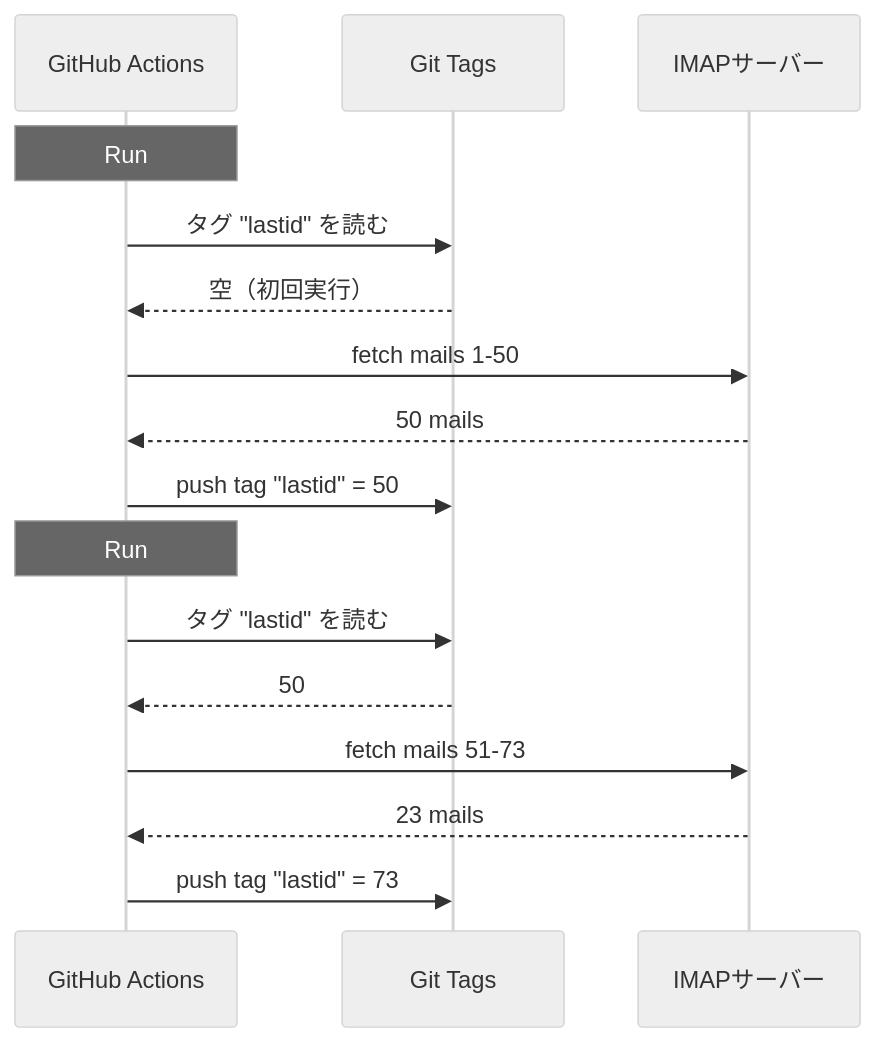
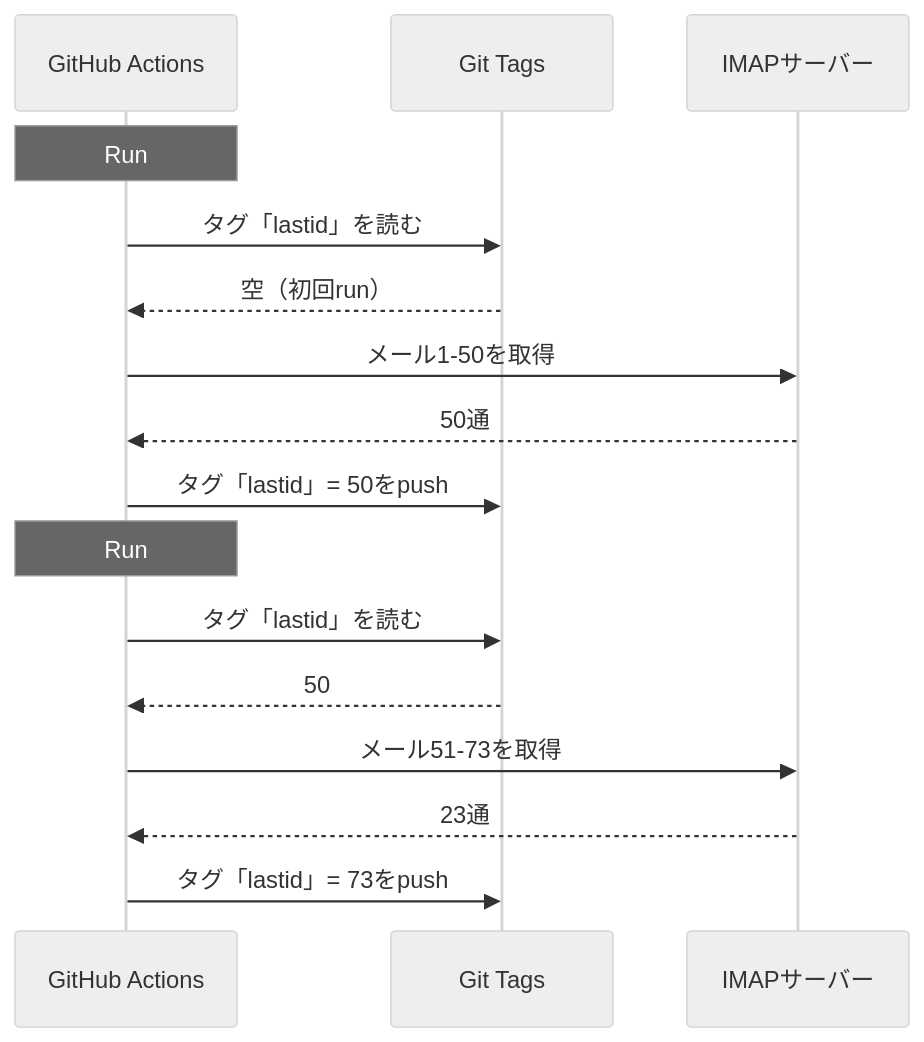
Before and after one commit to fox3000foxy/fox3000foxy.github.io: the diagram in public/articles/ja/email-autoreply.md, drawn with Mermaid (neutral theme). The commit also changed other lines of this file and 576 other files, not shown here.

````diff
--- a/public/articles/ja/email-autoreply.md
+++ b/public/articles/ja/email-autoreply.md
@@ -60,20 +59,20 @@
 ```mermaid
 sequenceDiagram
     participant GH as GitHub Actions
     participant GIT as Git Tags
     participant IMAP as IMAPサーバー
     
     Note over GH: Run #1
-    GH->>GIT: タグ "lastid" を読む
-    GIT-->>GH: 空（初回実行）
-    GH->>IMAP: fetch mails 1-50
-    IMAP-->>GH: 50 mails
-    GH->>GIT: push tag "lastid" = 50
+    GH->>GIT: タグ「lastid」を読む
+    GIT-->>GH: 空（初回run）
+    GH->>IMAP: メール1-50を取得
+    IMAP-->>GH: 50通
+    GH->>GIT: タグ「lastid」= 50をpush
     
     Note over GH: Run #2
-    GH->>GIT: タグ "lastid" を読む
+    GH->>GIT: タグ「lastid」を読む
     GIT-->>GH: 50
-    GH->>IMAP: fetch mails 51-73
-    IMAP-->>GH: 23 mails
-    GH->>GIT: push tag "lastid" = 73
+    GH->>IMAP: メール51-73を取得
+    IMAP-->>GH: 23通
+    GH->>GIT: タグ「lastid」= 73をpush
 ```
````
